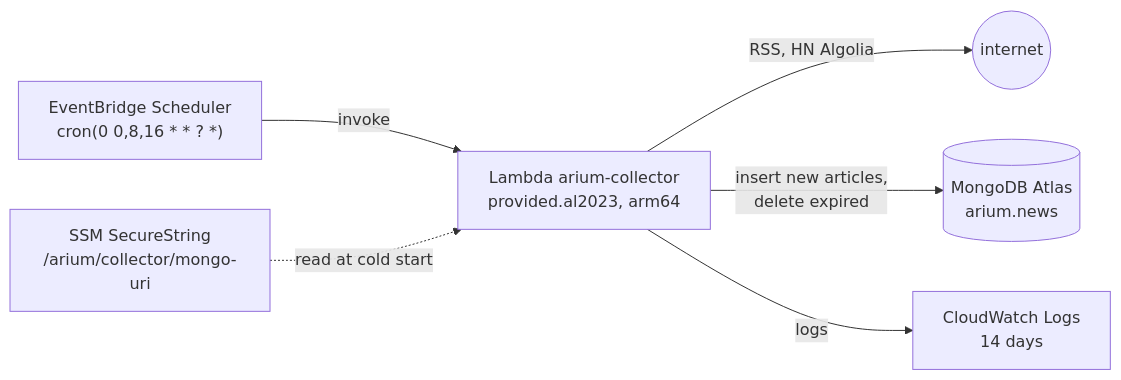
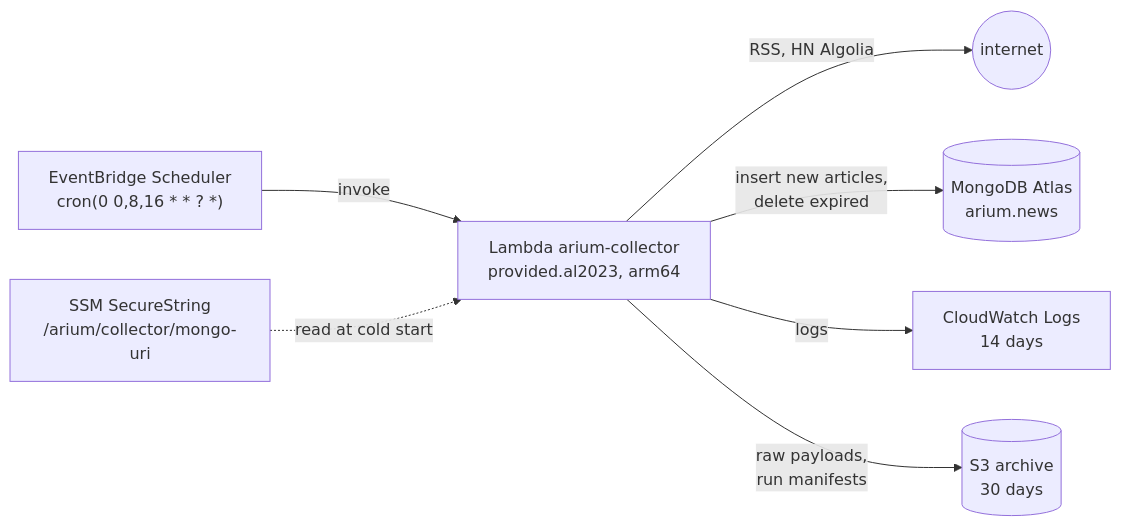
One commit to fmolinar/arium changed the diagram in devops/terraform/README.md. Above: the diagram before and after it, drawn with Mermaid. The commit also changed other lines of this file and 11 other files, not shown here.

````diff
--- a/devops/terraform/README.md
+++ b/devops/terraform/README.md
@@ -7,8 +17,9 @@
 ```mermaid
 flowchart LR
     sched["EventBridge Scheduler<br/>cron(0 0,8,16 * * ? *)"] -- invoke --> fn["Lambda arium-collector<br/>provided.al2023, arm64"]
     ssm["SSM SecureString<br/>/arium/collector/mongo-uri"] -. read at cold start .-> fn
     fn -- "RSS, HN Algolia" --> web((internet))
     fn -- "insert new articles,<br/>delete expired" --> atlas[("MongoDB Atlas<br/>arium.news")]
     fn -- logs --> cw["CloudWatch Logs<br/>14 days"]
+    fn -- "raw payloads,<br/>run manifests" --> s3[("S3 archive<br/>30 days")]
 ```
````
